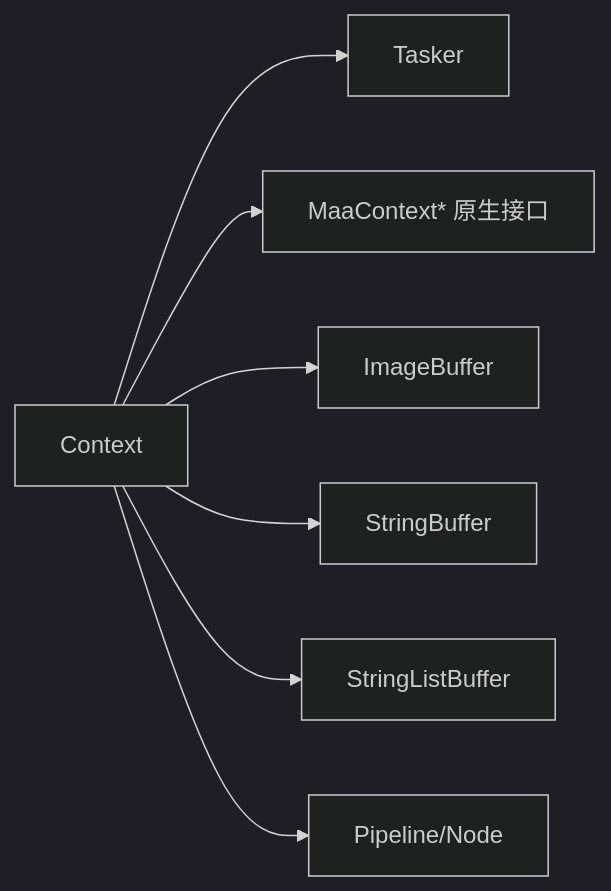
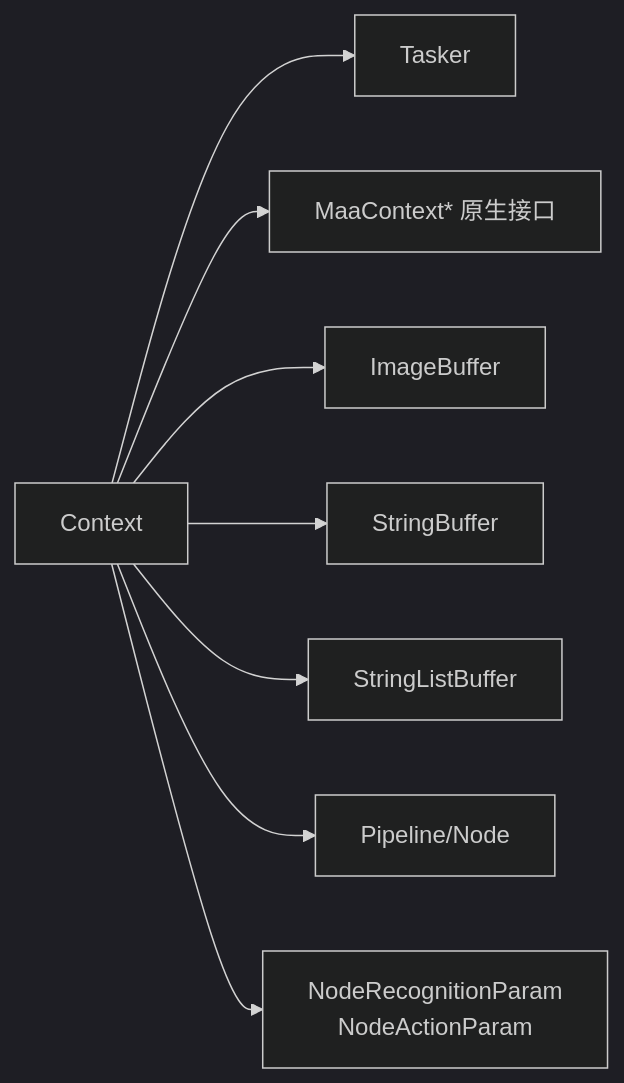
The seventh of 7 diagrams in instructions/maafw-golang-binding/API参考/执行上下文.md (kqcoxn/MaaPipelineEditor), drawn with Mermaid (dark theme) before and after one commit. The commit also changed other lines of this file and 10 other files, not shown here.

````diff
--- a/instructions/maafw-golang-binding/API参考/执行上下文.md
+++ b/instructions/maafw-golang-binding/API参考/执行上下文.md
@@ -481,9 +606,10 @@
 ```mermaid
 graph LR
 Ctx["Context"] --> Tsk["Tasker"]
 Ctx --> N["MaaContext* 原生接口"]
 Ctx --> ImgBuf["ImageBuffer"]
 Ctx --> StrBuf["StringBuffer"]
 Ctx --> StrList["StringListBuffer"]
 Ctx --> Pipe["Pipeline/Node"]
+Ctx --> NodeTypes["NodeRecognitionParam<br/>NodeActionParam"]
 ```
````
